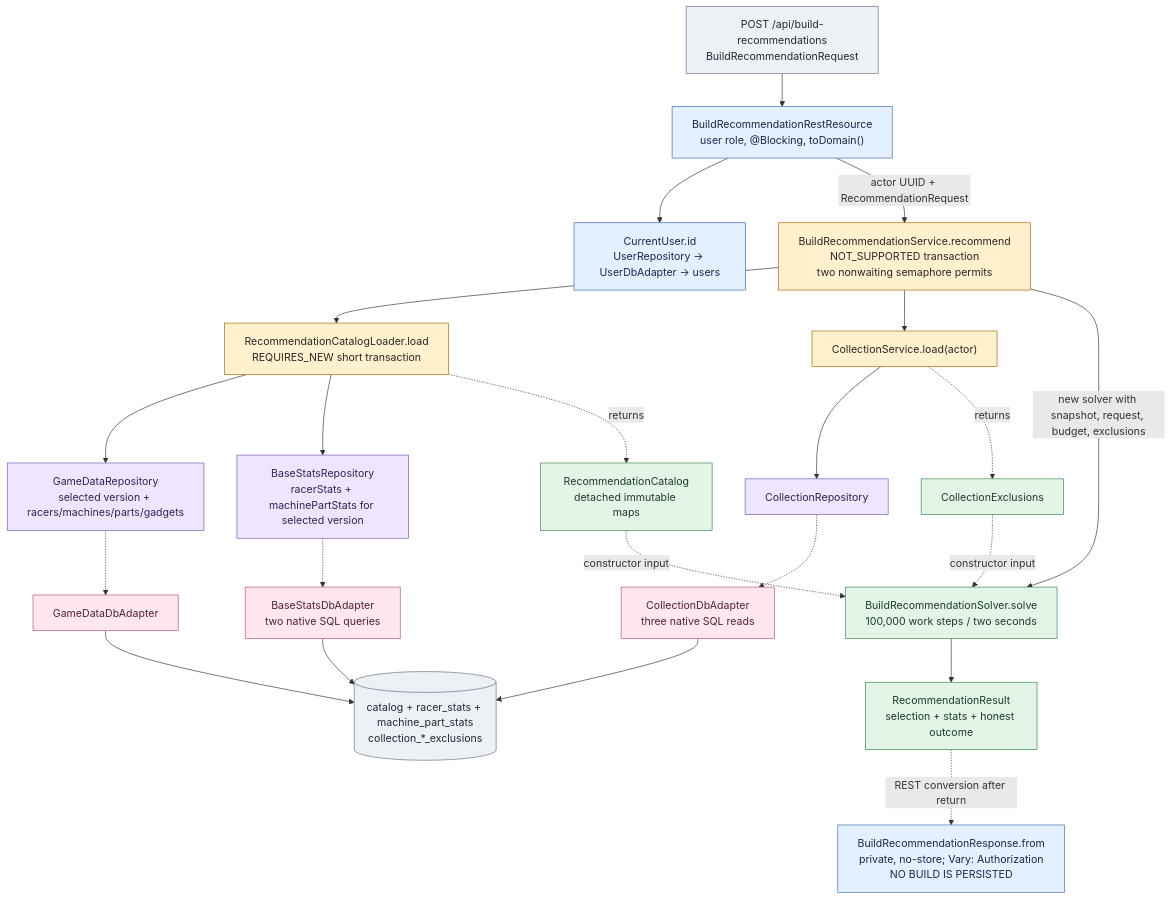
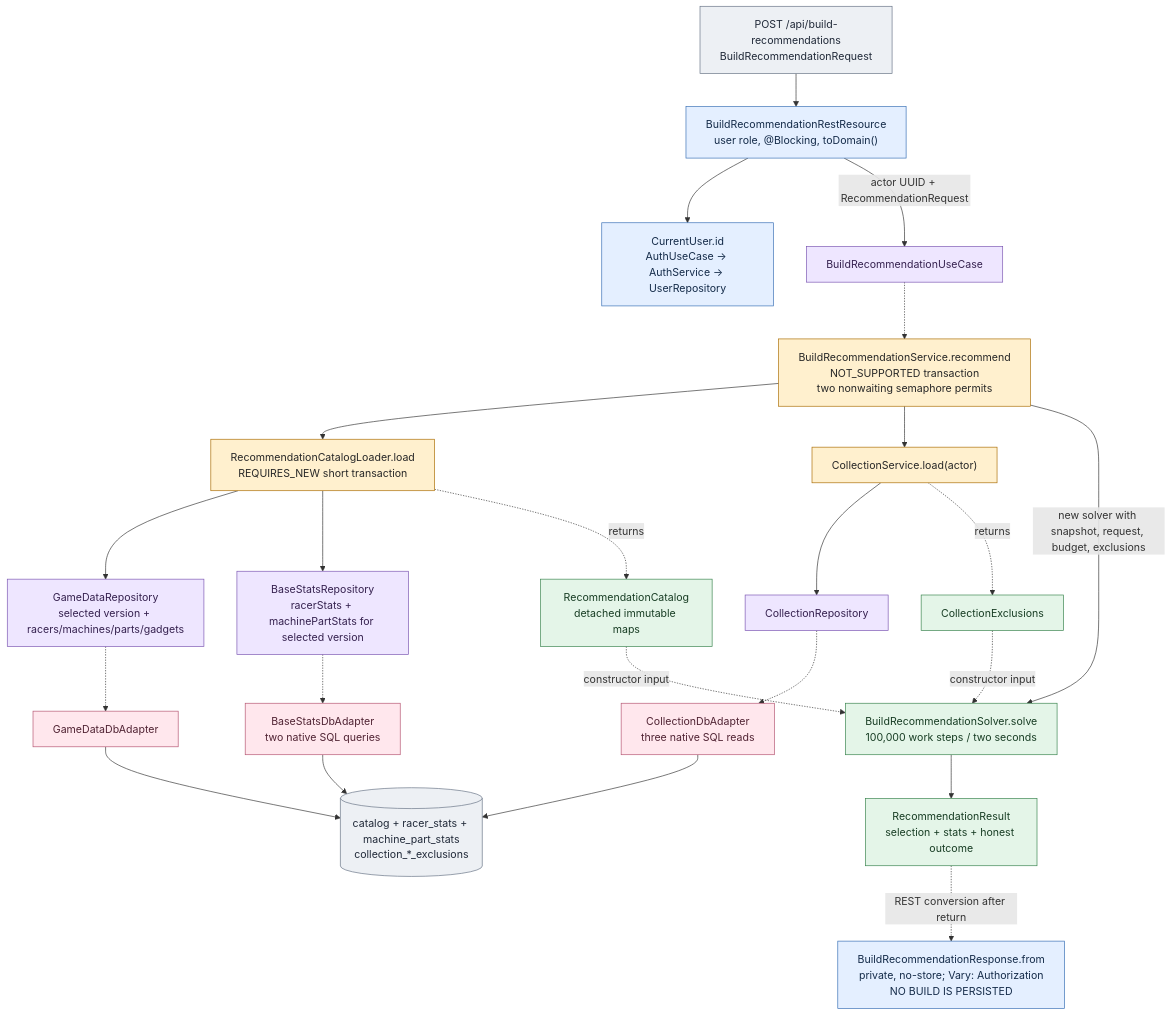
Before and after one commit to alexungu04genoff/RingLab: the tenth of 31 diagrams in docs/architecture-atlas.md, drawn with Mermaid. The commit also changed other lines of this file and 100 other files, not shown here.

````diff
--- a/docs/architecture-atlas.md
+++ b/docs/architecture-atlas.md
@@ -528,46 +549,47 @@
 ```mermaid
 flowchart TB
   h["POST /api/build-recommendations<br/>BuildRecommendationRequest"]:::outside
   r["BuildRecommendationRestResource<br/>user role, @Blocking, toDomain()"]:::rest
-  actor["CurrentUser.id<br/>UserRepository → UserDbAdapter → users"]:::rest
+  actor["CurrentUser.id<br/>AuthUseCase → AuthService → UserRepository"]:::rest
   s["BuildRecommendationService.recommend<br/>NOT_SUPPORTED transaction<br/>two nonwaiting semaphore permits"]:::app
   loader["RecommendationCatalogLoader.load<br/>REQUIRES_NEW short transaction"]:::app
   col["CollectionService.load(actor)"]:::app
   gp["GameDataRepository<br/>selected version + racers/machines/parts/gadgets"]:::port
   sp["BaseStatsRepository<br/>racerStats + machinePartStats for selected version"]:::port
   cp["CollectionRepository"]:::port
   ga["GameDataDbAdapter"]:::adapter
   sa["BaseStatsDbAdapter<br/>two native SQL queries"]:::adapter
   ca["CollectionDbAdapter<br/>three native SQL reads"]:::adapter
   db[("catalog + racer_stats + machine_part_stats<br/>collection_*_exclusions")]:::outside
   cat["RecommendationCatalog<br/>detached immutable maps"]:::domain
   exc["CollectionExclusions"]:::domain
   solver["BuildRecommendationSolver.solve<br/>100,000 work steps / two seconds"]:::domain
   result["RecommendationResult<br/>selection + stats + honest outcome"]:::domain
   response["BuildRecommendationResponse.from<br/>private, no-store; Vary: Authorization<br/>NO BUILD IS PERSISTED"]:::rest
   h --> r
   r --> actor
-  r -->|"actor UUID + RecommendationRequest"| s
+  r -->|"actor UUID + RecommendationRequest"| input["BuildRecommendationUseCase"]:::port
+  input -.-> s
   s --> loader
   loader --> gp
   loader --> sp
   gp -.-> ga
   sp -.-> sa
   ga --> db
   sa --> db
   loader -.->|"returns"| cat
   s --> col --> cp
   cp -.-> ca --> db
   col -.->|"returns"| exc
   s -->|"new solver with snapshot, request, budget, exclusions"| solver
   cat -.->|"constructor input"| solver
   exc -.->|"constructor input"| solver
   solver --> result
   result -.->|"REST conversion after return"| response
   classDef rest fill:#e4efff,stroke:#356db4,color:#142b49
   classDef app fill:#fff0ce,stroke:#a96b00,color:#272727
   classDef domain fill:#e4f5e8,stroke:#37834c,color:#183d24
   classDef port fill:#eee6ff,stroke:#7954b1,color:#35214f
   classDef adapter fill:#ffe7ed,stroke:#b45370,color:#502333
   classDef outside fill:#edf0f4,stroke:#657184,color:#202938
 ```
````
